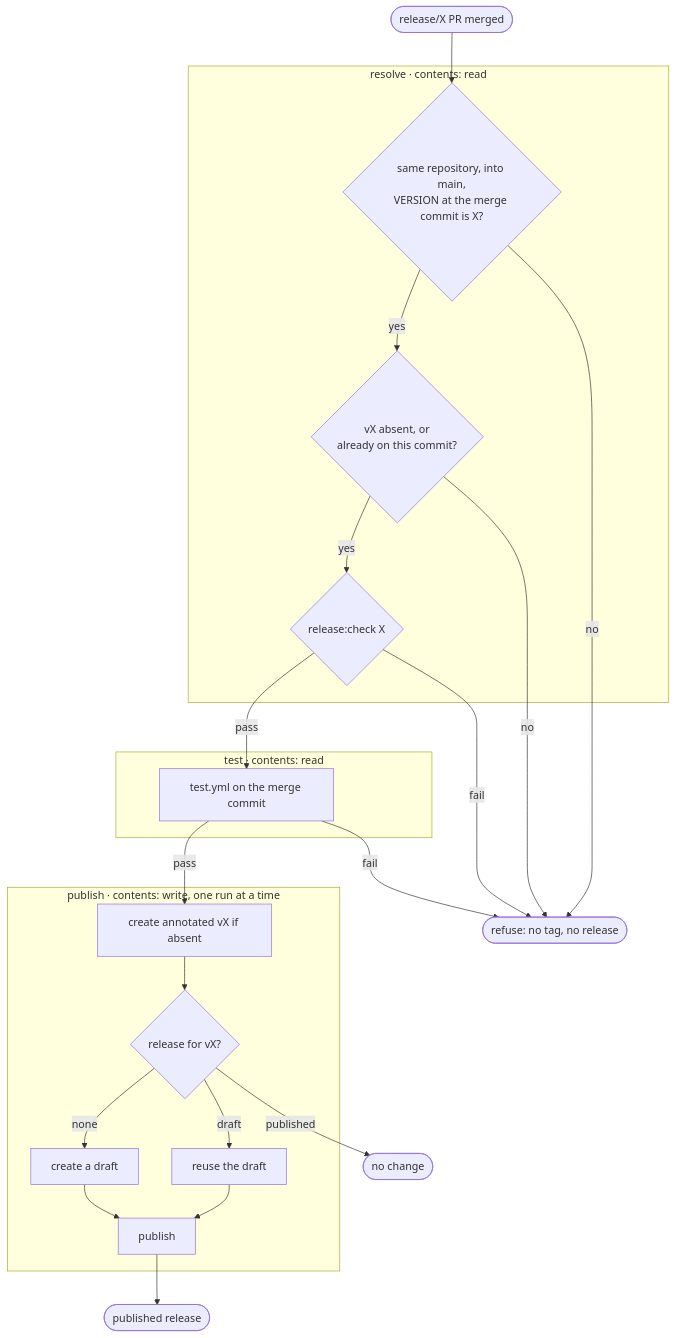
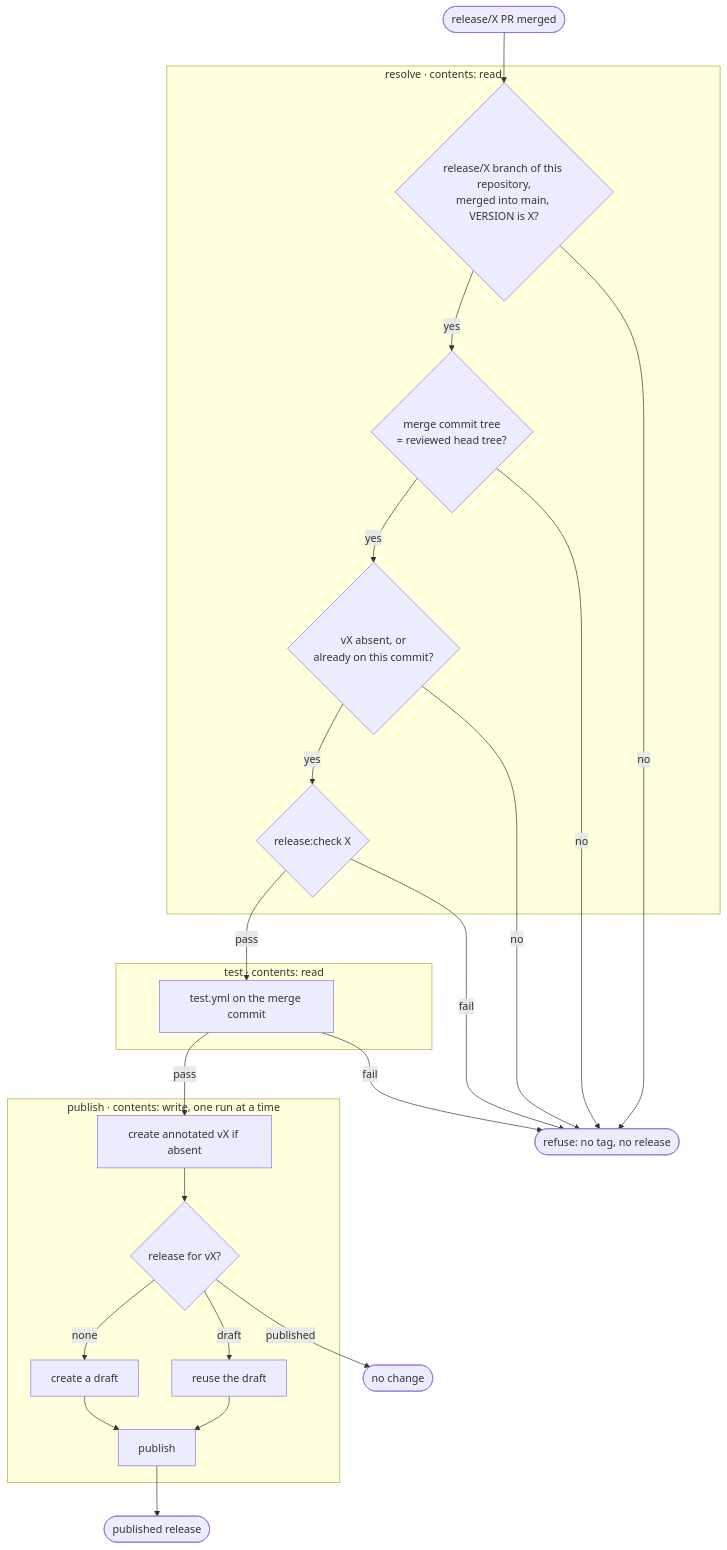
The second of 2 diagrams in README.md (throw-if-null/coral), drawn with Mermaid before and after one commit. The commit also changed other lines of this file and 9 other files, not shown here.

First line of the commit message:
Harden release identity, version selection, and workflow pinning

````diff
--- a/README.md
+++ b/README.md
@@ -388,26 +393,28 @@
 ```mermaid
 flowchart TD
     merged(["release/X PR merged"]) --> r1
     subgraph resolve["resolve · contents: read"]
-        r1{"same repository, into main,<br/>VERSION at the merge commit is X?"} -->|yes| r2{"vX absent, or<br/>already on this commit?"}
-        r2 -->|yes| r3{"release:check X"}
+        r1{"release/X branch of this repository,<br/>merged into main, VERSION is X?"} -->|yes| r2{"merge commit tree<br/>= reviewed head tree?"}
+        r2 -->|yes| r3{"vX absent, or<br/>already on this commit?"}
+        r3 -->|yes| r4{"release:check X"}
     end
-    r3 -->|pass| t1
+    r4 -->|pass| t1
     subgraph test["test · contents: read"]
         t1["test.yml on the merge commit"]
     end
     t1 -->|pass| p1
     subgraph publish["publish · contents: write, one run at a time"]
         p1["create annotated vX if absent"] --> p2{"release for vX?"}
         p2 -->|none| p3["create a draft"]
         p2 -->|draft| p4["reuse the draft"]
         p3 --> p5["publish"]
         p4 --> p5
     end
     p2 -->|published| done(["no change"])
     p5 --> done2(["published release"])
     r1 -->|no| stop(["refuse: no tag, no release"])
     r2 -->|no| stop
-    r3 -->|fail| stop
+    r3 -->|no| stop
+    r4 -->|fail| stop
     t1 -->|fail| stop
 ```
````
